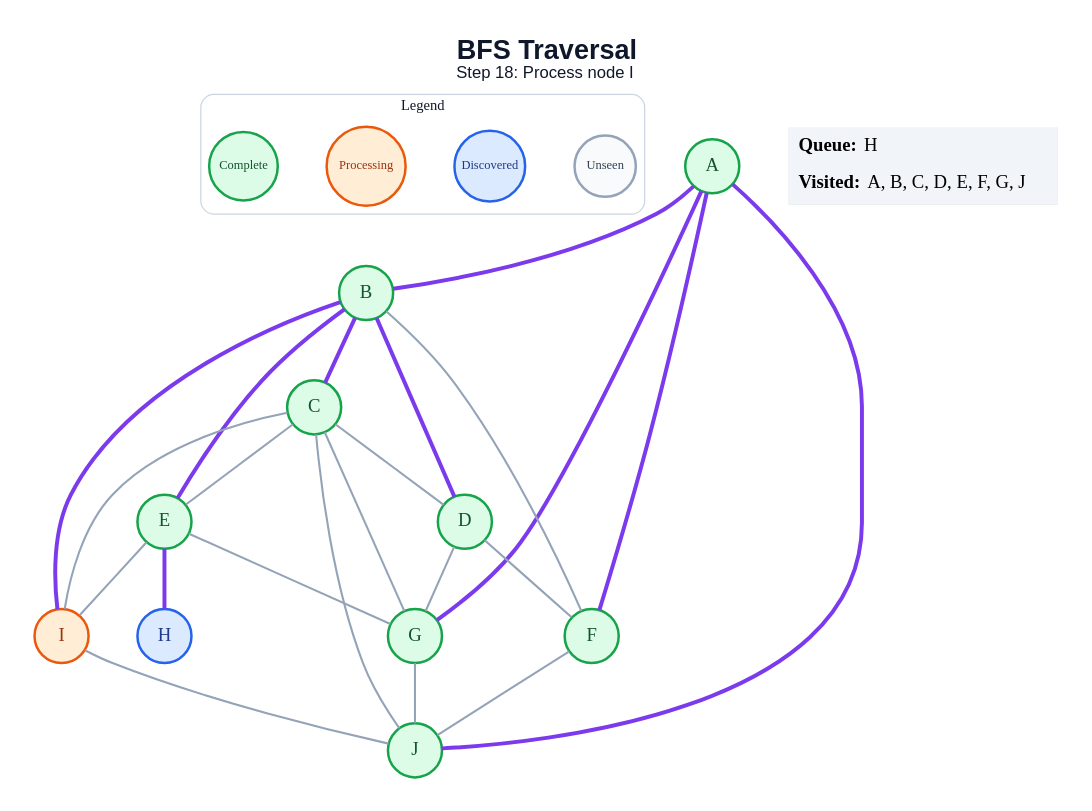
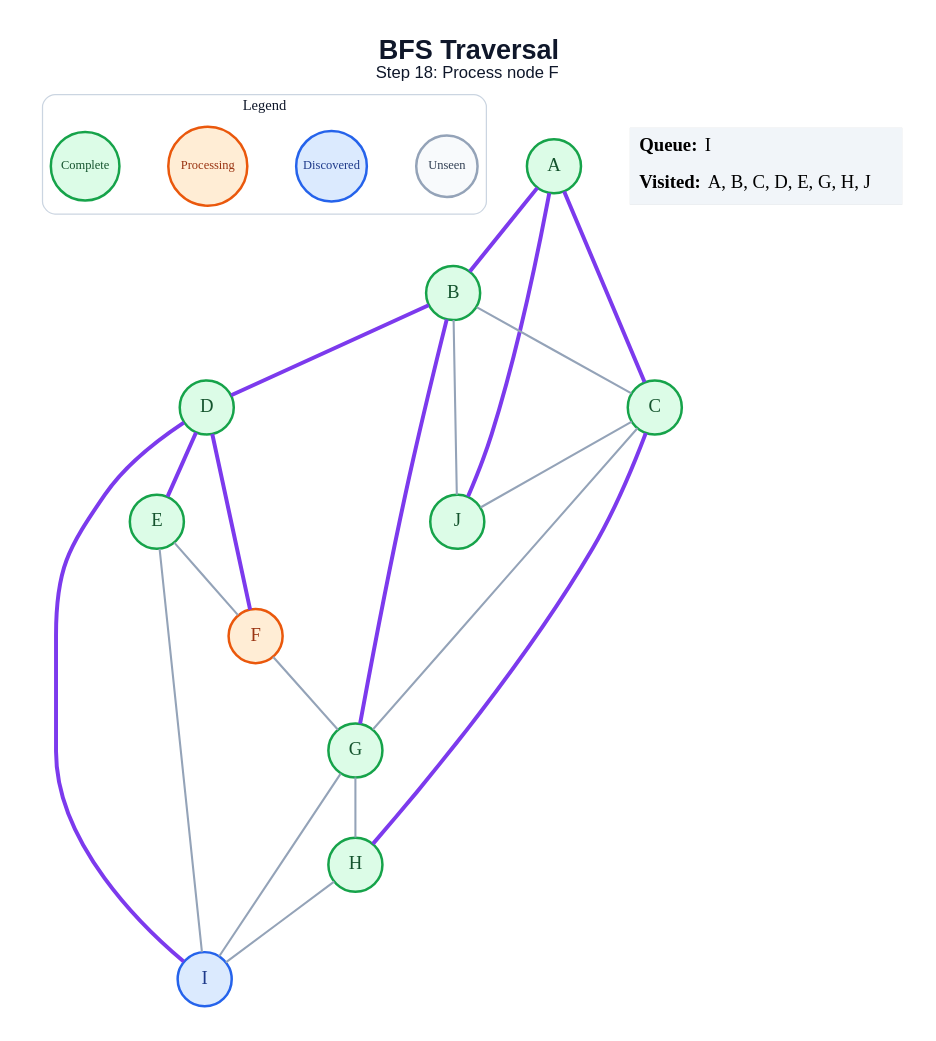
One commit to amanghodawala9/ai-slop changed the diagram in generated/bfs/step_18.dot. Above: the diagram before and after it, drawn with Graphviz. The commit also changed 178 other files, not shown here.

```diff
--- a/generated/bfs/step_18.dot
+++ b/generated/bfs/step_18.dot
@@ -1,51 +1,48 @@
 graph traversal {
   graph [layout=dot, rankdir=TB, bgcolor="#FFFFFF", pad="0.35", nodesep="0.65", ranksep="0.8", fontname="Arial"];
   node [shape=circle, style="filled", fontname="Arial Bold", fontsize=18, width=0.72, fixedsize=true, penwidth=2.4];
   edge [color="#94A3B8", penwidth=2.0];
-  label=<<B>BFS Traversal</B><BR/><FONT POINT-SIZE="16">Step 18: Process node I</FONT>>; labelloc="t"; fontsize=26; fontname="Arial"; fontcolor="#0F172A";
+  label=<<B>BFS Traversal</B><BR/><FONT POINT-SIZE="16">Step 18: Process node F</FONT>>; labelloc="t"; fontsize=26; fontname="Arial"; fontcolor="#0F172A";
   subgraph cluster_legend { label="Legend"; color="#CBD5E1"; penwidth=1.2; style="rounded"; fontsize=14; fontname="Arial Bold";
     key_unseen [label="Unseen", fillcolor="#F8FAFC", color="#94A3B8", fontcolor="#334155", fontsize=12, width=0.82];
     key_frontier [label="Discovered", fillcolor="#DBEAFE", color="#2563EB", fontcolor="#1E3A8A", fontsize=12, width=0.95];
     key_current [label="Processing", fillcolor="#FFEDD5", color="#EA580C", fontcolor="#9A3412", fontsize=12, width=1.05];
     key_done [label="Complete", fillcolor="#DCFCE7", color="#16A34A", fontcolor="#14532D", fontsize=12, width=0.92];
     { rank=same; key_unseen; key_frontier; key_current; key_done; }
   }
   A [fillcolor="#DCFCE7", color="#16A34A", fontcolor="#14532D"];
   B [fillcolor="#DCFCE7", color="#16A34A", fontcolor="#14532D"];
   C [fillcolor="#DCFCE7", color="#16A34A", fontcolor="#14532D"];
   D [fillcolor="#DCFCE7", color="#16A34A", fontcolor="#14532D"];
   E [fillcolor="#DCFCE7", color="#16A34A", fontcolor="#14532D"];
-  F [fillcolor="#DCFCE7", color="#16A34A", fontcolor="#14532D"];
+  F [fillcolor="#FFEDD5", color="#EA580C", fontcolor="#9A3412"];
   G [fillcolor="#DCFCE7", color="#16A34A", fontcolor="#14532D"];
-  H [fillcolor="#DBEAFE", color="#2563EB", fontcolor="#1E3A8A"];
-  I [fillcolor="#FFEDD5", color="#EA580C", fontcolor="#9A3412"];
+  H [fillcolor="#DCFCE7", color="#16A34A", fontcolor="#14532D"];
+  I [fillcolor="#DBEAFE", color="#2563EB", fontcolor="#1E3A8A"];
   J [fillcolor="#DCFCE7", color="#16A34A", fontcolor="#14532D"];
   A -- B [color="#7C3AED", penwidth=3.8];
-  A -- F [color="#7C3AED", penwidth=3.8];
-  A -- G [color="#7C3AED", penwidth=3.8];
+  A -- C [color="#7C3AED", penwidth=3.8];
   A -- J [color="#7C3AED", penwidth=3.8];
-  B -- C [color="#7C3AED", penwidth=3.8];
+  B -- C;
   B -- D [color="#7C3AED", penwidth=3.8];
-  B -- E [color="#7C3AED", penwidth=3.8];
-  B -- F;
-  B -- I [color="#7C3AED", penwidth=3.8];
-  C -- D;
-  C -- E;
+  B -- G [color="#7C3AED", penwidth=3.8];
+  B -- J;
   C -- G;
-  C -- I;
+  C -- H [color="#7C3AED", penwidth=3.8];
   C -- J;
-  D -- F;
-  D -- G;
-  E -- G;
-  E -- H [color="#7C3AED", penwidth=3.8];
+  D -- E [color="#7C3AED", penwidth=3.8];
+  D -- F [color="#7C3AED", penwidth=3.8];
+  D -- I [color="#7C3AED", penwidth=3.8];
+  E -- F;
   E -- I;
-  F -- J;
-  G -- J;
-  I -- J;
+  F -- G;
+  G -- H;
+  G -- I;
+  H -- I;
   status [shape=plain, fixedsize=false, width=0, height=0, margin=0, label=<
     <TABLE BORDER="0" CELLBORDER="0" CELLPADDING="7" BGCOLOR="#F1F5F9">
-      <TR><TD ALIGN="LEFT"><B>Queue:</B> H</TD></TR>
-      <TR><TD ALIGN="LEFT"><B>Visited:</B> A, B, C, D, E, F, G, J</TD></TR>
+      <TR><TD ALIGN="LEFT"><B>Queue:</B> I</TD></TR>
+      <TR><TD ALIGN="LEFT"><B>Visited:</B> A, B, C, D, E, G, H, J</TD></TR>
     </TABLE>
   >];
 }
```
